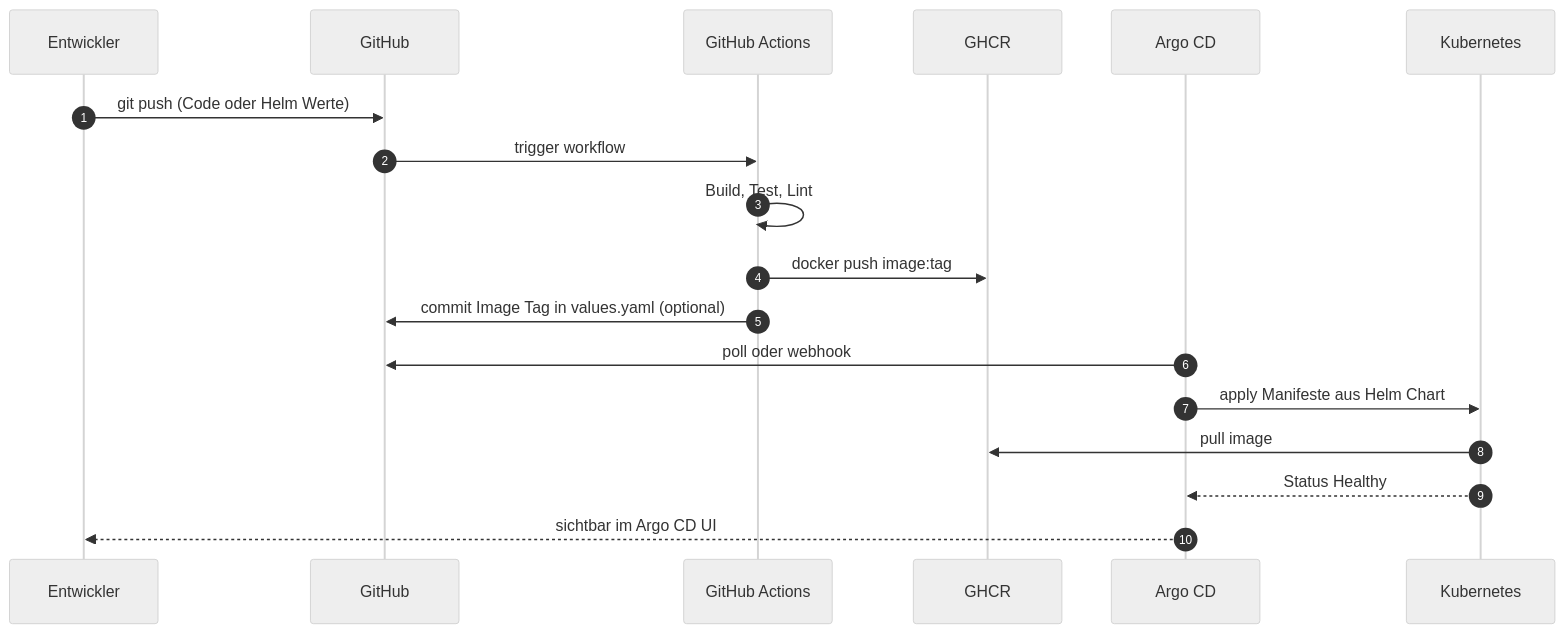
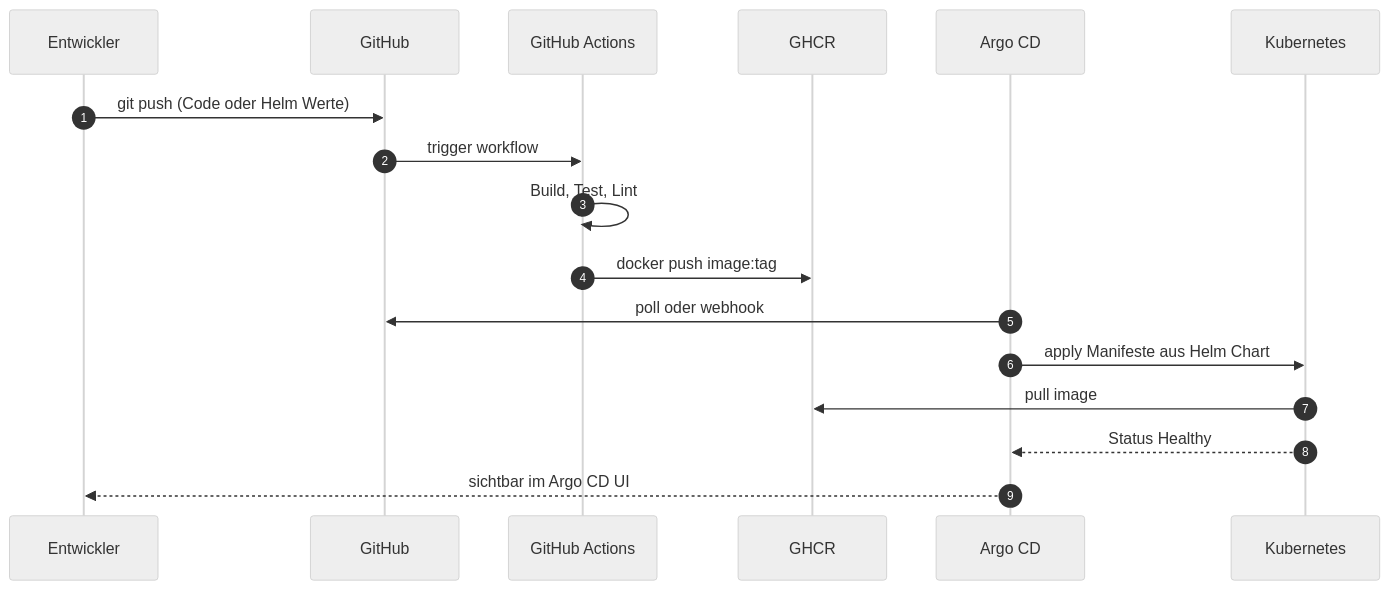
The second of 2 diagrams in docs/index.md (Cancani/gitops-platform-semesterarbeit5), drawn with Mermaid (neutral theme) before and after one commit. The commit also changed other lines of this file and 1 other file, not shown here.

````diff
--- a/docs/index.md
+++ b/docs/index.md
@@ -127,21 +97,20 @@
 ```mermaid
 sequenceDiagram
     autonumber
     participant Dev as Entwickler
     participant Git as GitHub
     participant CI as GitHub Actions
     participant Reg as GHCR
     participant Argo as Argo CD
     participant K8s as Kubernetes
 
     Dev->>Git: git push (Code oder Helm Werte)
     Git->>CI: trigger workflow
     CI->>CI: Build, Test, Lint
     CI->>Reg: docker push image:tag
-    CI->>Git: commit Image Tag in values.yaml (optional)
     Argo->>Git: poll oder webhook
     Argo->>K8s: apply Manifeste aus Helm Chart
     K8s->>Reg: pull image
     K8s-->>Argo: Status Healthy
     Argo-->>Dev: sichtbar im Argo CD UI
 ```
````
